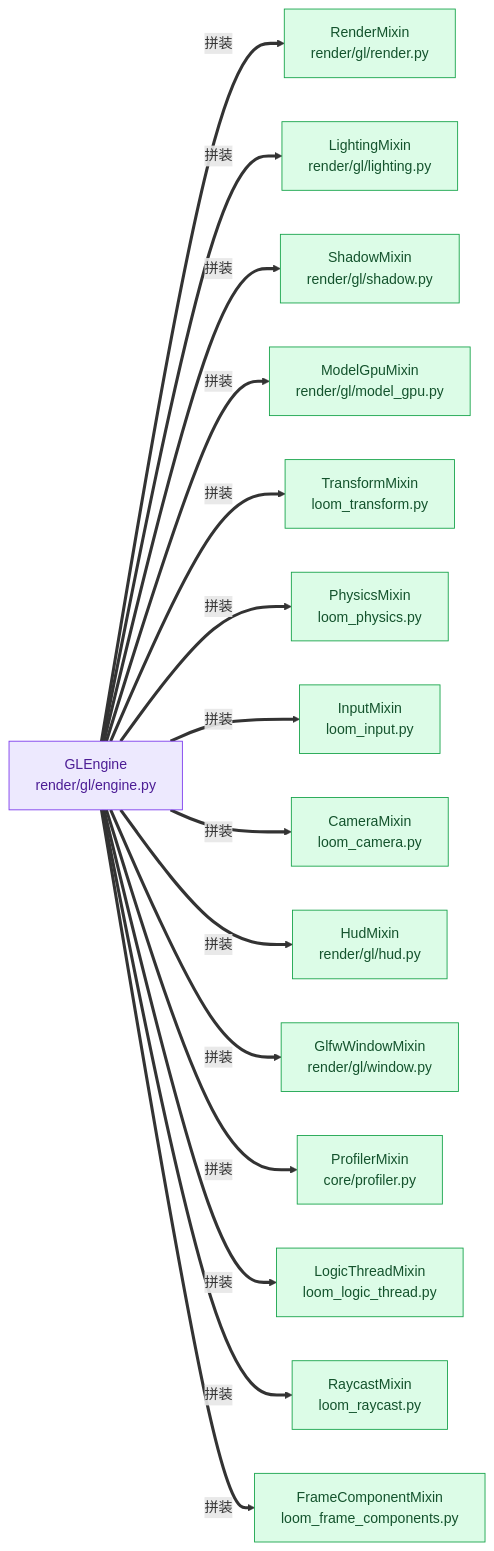
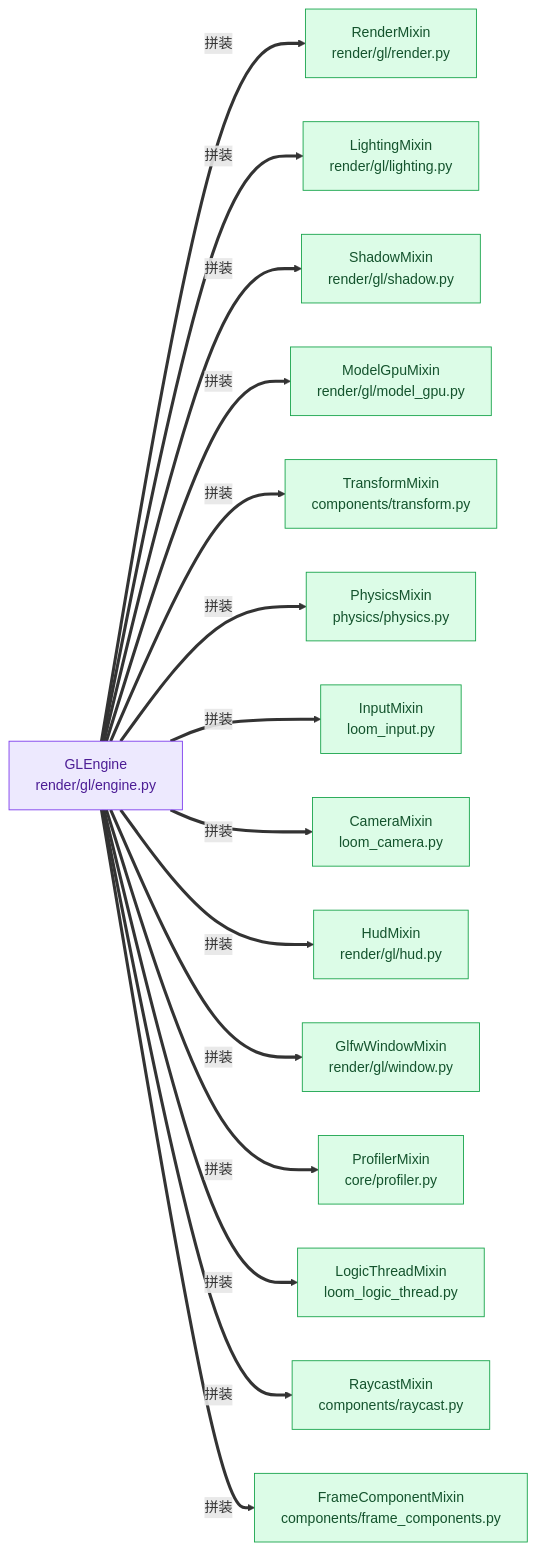
One commit to lhy302/WeaveEngine changed the second of 23 diagrams in ARCHITECTURE.md. Above: the diagram before and after it, drawn with Mermaid. The commit also changed other lines of this file and 102 other files, not shown here.

````diff
--- a/ARCHITECTURE.md
+++ b/ARCHITECTURE.md
@@ -163,20 +163,20 @@
 ```mermaid
 flowchart LR
   G["GLEngine<br/>render/gl/engine.py"]:::facade
   G ==>|拼装| M1["RenderMixin<br/>render/gl/render.py"]:::impl
   G ==>|拼装| M2["LightingMixin<br/>render/gl/lighting.py"]:::impl
   G ==>|拼装| M3["ShadowMixin<br/>render/gl/shadow.py"]:::impl
   G ==>|拼装| M4["ModelGpuMixin<br/>render/gl/model_gpu.py"]:::impl
-  G ==>|拼装| M5["TransformMixin<br/>loom_transform.py"]:::impl
-  G ==>|拼装| M6["PhysicsMixin<br/>loom_physics.py"]:::impl
+  G ==>|拼装| M5["TransformMixin<br/>components/transform.py"]:::impl
+  G ==>|拼装| M6["PhysicsMixin<br/>physics/physics.py"]:::impl
   G ==>|拼装| M7["InputMixin<br/>loom_input.py"]:::impl
   G ==>|拼装| M8["CameraMixin<br/>loom_camera.py"]:::impl
   G ==>|拼装| M9["HudMixin<br/>render/gl/hud.py"]:::impl
   G ==>|拼装| M10["GlfwWindowMixin<br/>render/gl/window.py"]:::impl
   G ==>|拼装| M11["ProfilerMixin<br/>core/profiler.py"]:::impl
   G ==>|拼装| M12["LogicThreadMixin<br/>loom_logic_thread.py"]:::impl
-  G ==>|拼装| M13["RaycastMixin<br/>loom_raycast.py"]:::impl
-  G ==>|拼装| M14["FrameComponentMixin<br/>loom_frame_components.py"]:::impl
+  G ==>|拼装| M13["RaycastMixin<br/>components/raycast.py"]:::impl
+  G ==>|拼装| M14["FrameComponentMixin<br/>components/frame_components.py"]:::impl
   classDef facade fill:#ede9fe,stroke:#7c3aed,color:#4c1d95
   classDef impl fill:#dcfce7,stroke:#16a34a,color:#14532d
 ```
````
